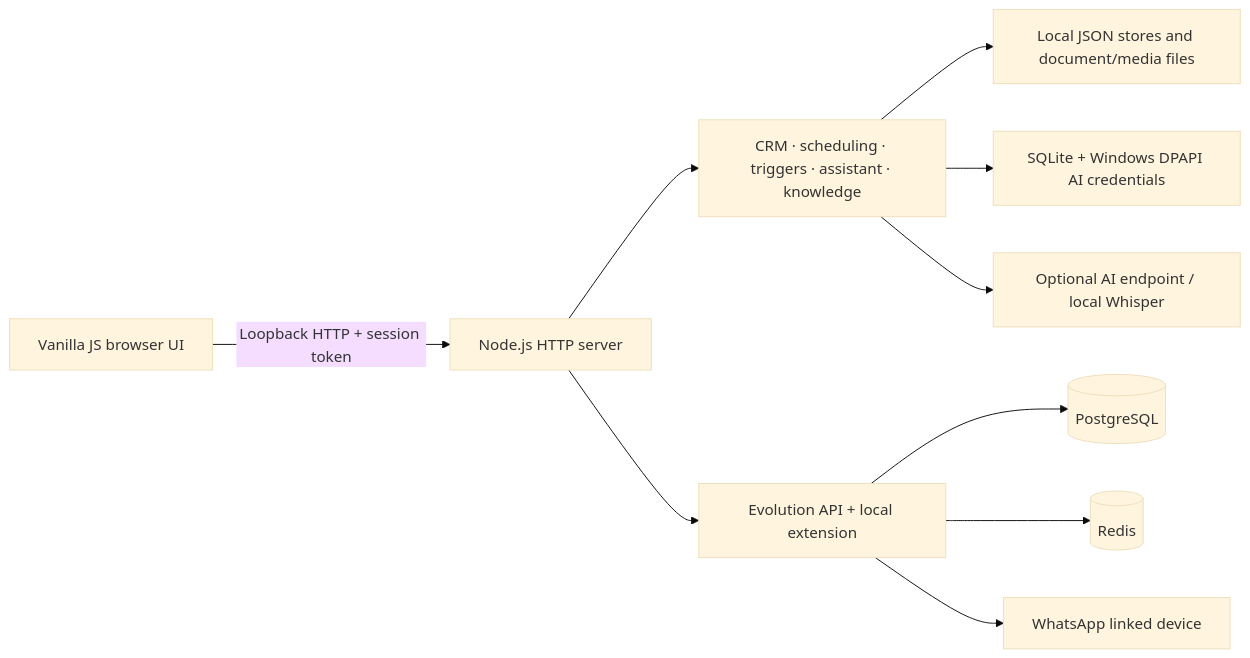
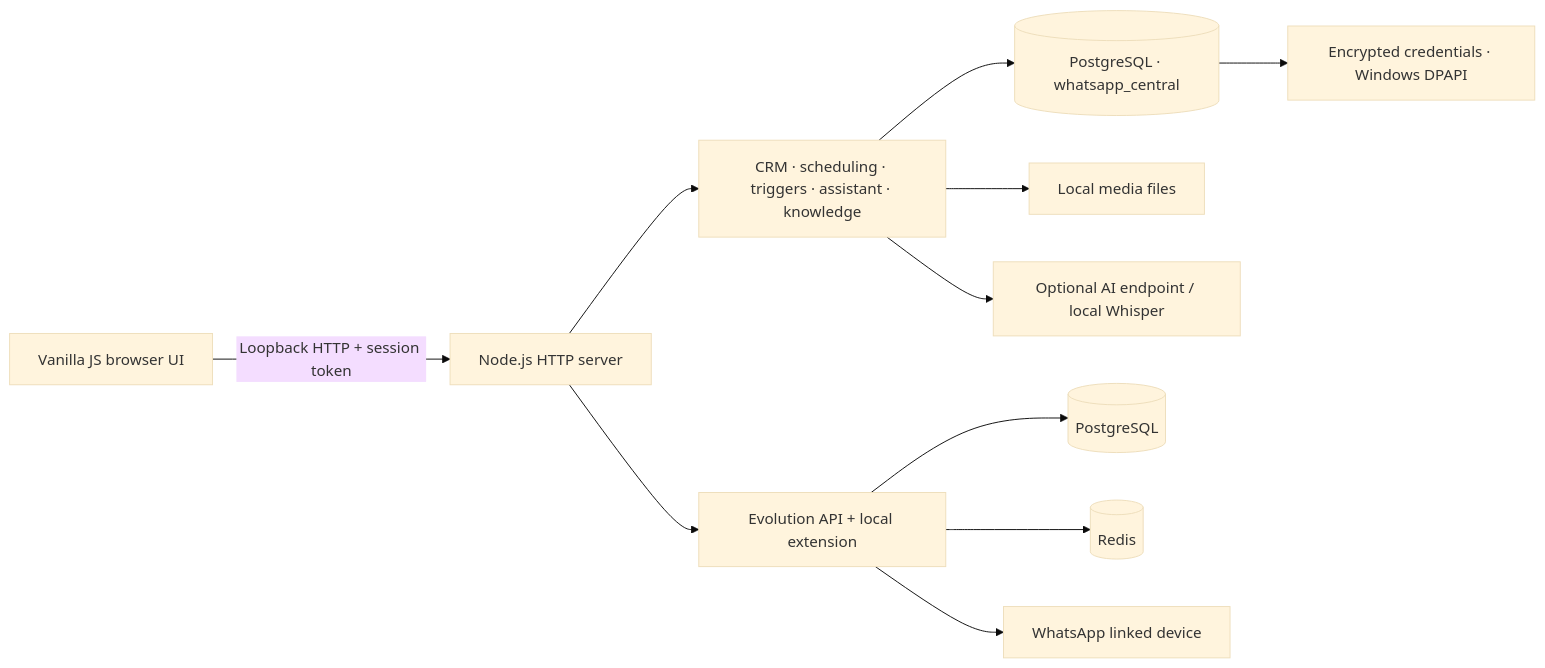
Before and after one commit to helberjf/whatsapp-ai-local: the diagram in README.md, drawn with Mermaid (base theme). The commit also changed other lines of this file and 39 other files, not shown here.

First line of the commit message:
feat: selecao de modelos de IA, PostgreSQL e previas de midia

````diff
--- a/README.md
+++ b/README.md
@@ -139,12 +141,13 @@
 ```mermaid
 flowchart LR
     Browser[Vanilla JS browser UI] -->|Loopback HTTP + session token| Node[Node.js HTTP server]
     Node --> Services[CRM · scheduling · triggers · assistant · knowledge]
-    Services --> Files[Local JSON stores and document/media files]
-    Services --> Vault[SQLite + Windows DPAPI AI credentials]
+    Services --> CentralDB[(PostgreSQL · whatsapp_central)]
+    Services --> Files[Local media files]
+    CentralDB --> Vault[Encrypted credentials · Windows DPAPI]
     Node --> Evolution[Evolution API + local extension]
     Evolution --> PostgreSQL[(PostgreSQL)]
     Evolution --> Redis[(Redis)]
     Evolution --> WhatsApp[WhatsApp linked device]
     Services --> Optional[Optional AI endpoint / local Whisper]
 ```
````
